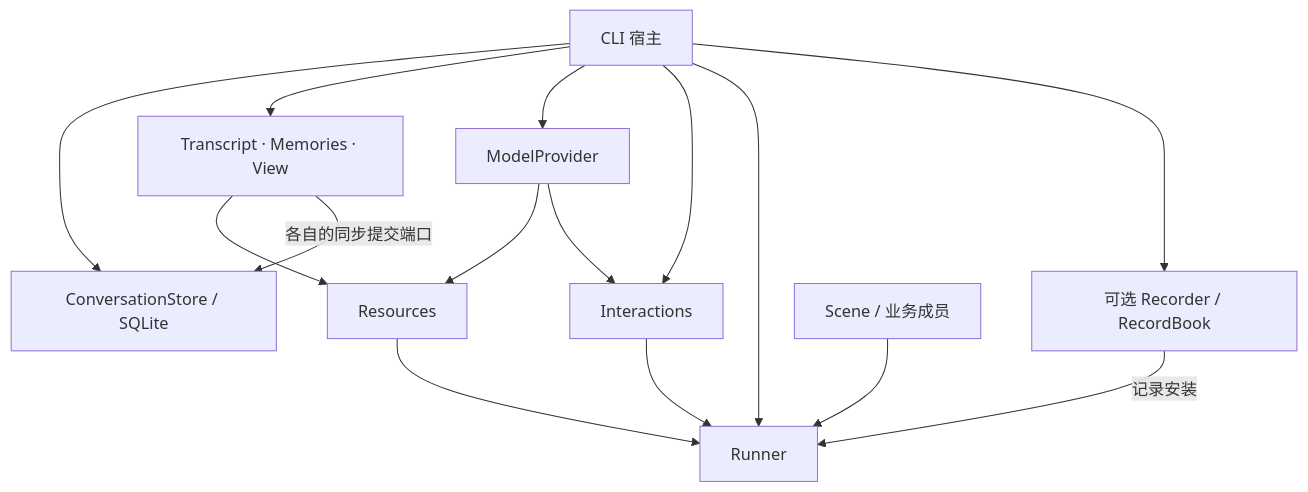
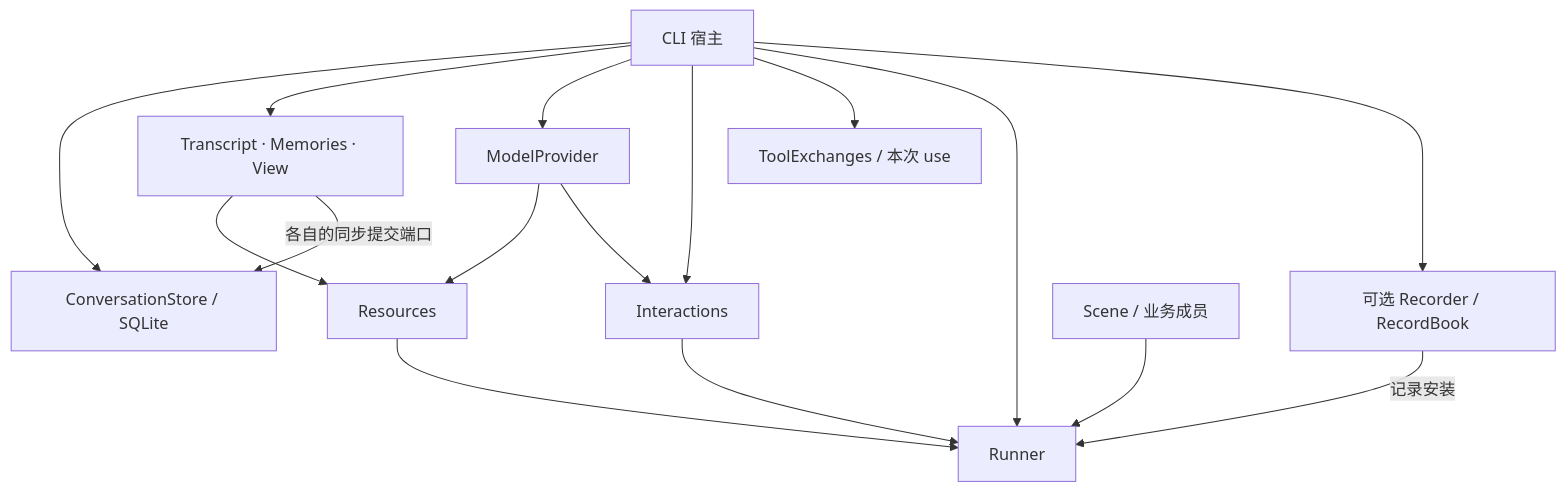
Before and after one commit to weiliang0121/capix: the diagram in docs/conversation-host.md, drawn with Mermaid. The commit also changed other lines of this file and 214 other files, not shown here.

````diff
--- a/docs/conversation-host.md
+++ b/docs/conversation-host.md
@@ -7,17 +7,18 @@
 ```mermaid
 flowchart TD
   CLI[CLI 宿主] --> Store[ConversationStore / SQLite]
   CLI --> Content[Transcript · Memories · View]
   CLI --> Provider[ModelProvider]
   CLI --> Interactions[Interactions]
+  CLI --> Exchanges[ToolExchanges / 本次 use]
   CLI --> Runner
   CLI --> Recording[可选 Recorder / RecordBook]
   Recording -->|记录安装| Runner
   Content --> Resources
   Provider --> Resources
   Resources --> Runner
   Scene[Scene / 业务成员] --> Runner
   Interactions --> Runner
   Provider --> Interactions
   Content -->|各自的同步提交端口| Store
 ```
````
